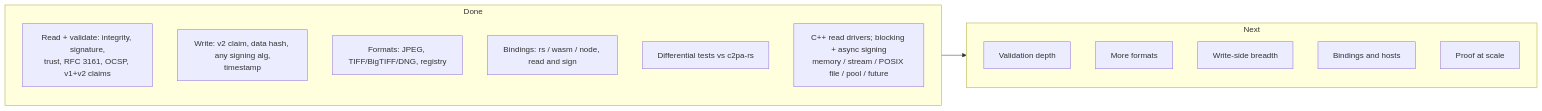
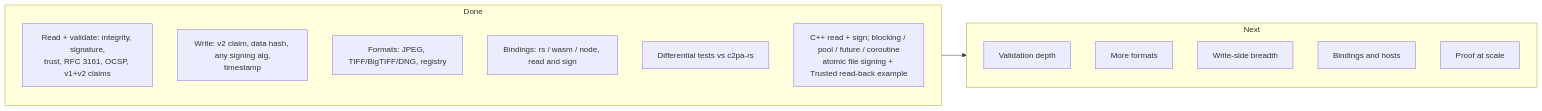
Before and after one commit to scouten/state-machine-experiment: the diagram in docs/walkthrough/09-future.md, drawn with Mermaid. The commit also changed other lines of this file and 8 other files, not shown here.

````diff
--- a/docs/walkthrough/09-future.md
+++ b/docs/walkthrough/09-future.md
@@ -8,21 +8,21 @@
 ```mermaid
 flowchart LR
     subgraph done["Done"]
         direction TB
         d1["Read + validate: integrity, signature,<br/>trust, RFC 3161, OCSP, v1+v2 claims"]
         d2["Write: v2 claim, data hash, any signing alg,<br/>timestamp"]
         d3["Formats: JPEG, TIFF/BigTIFF/DNG, registry"]
         d4["Bindings: rs / wasm / node, read and sign"]
         d5["Differential tests vs c2pa-rs"]
-        d6["C++ read drivers; blocking + async signing<br/>memory / stream / POSIX file / pool / future"]
+        d6["C++ read + sign; blocking / pool / future / coroutine<br/>atomic file signing + Trusted read-back example"]
     end
     subgraph next["Next"]
         direction TB
         n1["Validation depth"]
         n2["More formats"]
         n3["Write-side breadth"]
         n4["Bindings and hosts"]
         n5["Proof at scale"]
     end
     done --> next
 ```
````
